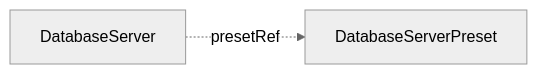
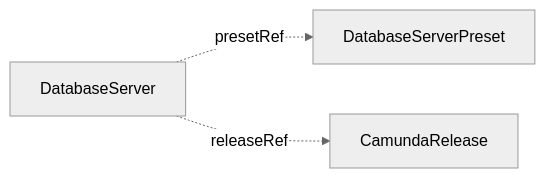
The diagram in docs/crds/databaseserverpreset.md (konsole-is/camunda-operator), drawn with Mermaid (neutral theme) before and after one commit. The commit also changed other lines of this file and 63 other files, not shown here.

First line of the commit message:
feat(release): carry the storage versions on the CamundaRelease (#360)

````diff
--- a/docs/crds/databaseserverpreset.md
+++ b/docs/crds/databaseserverpreset.md
@@ -23,4 +22,5 @@
 ```mermaid
 graph LR
     DBS[DatabaseServer] -.->|presetRef| DBSP[DatabaseServerPreset]
+    DBS -.->|releaseRef| CR[CamundaRelease]
 ```
````
